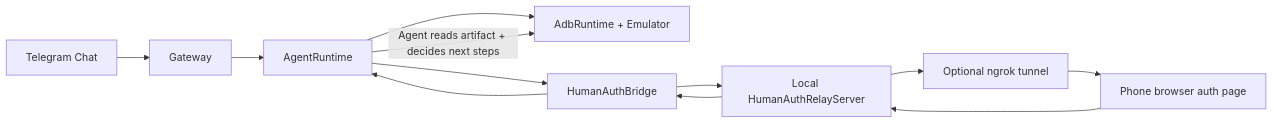
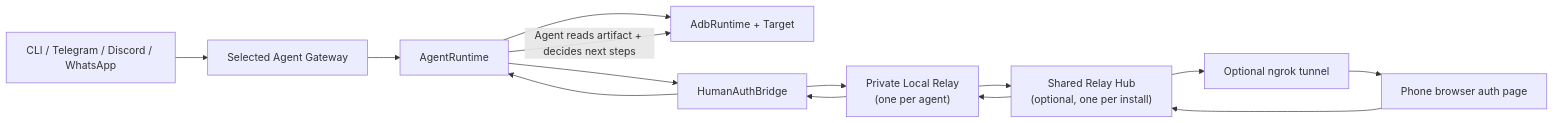
Before and after one commit to pockebot/openpocket: the first of 2 diagrams in frontend/concepts/remote-human-authorization.md, drawn with Mermaid. The commit also changed other lines of this file and 18 other files, not shown here.

Commit message:
docs: update multi-agent and CLI documentation

````diff
--- a/frontend/concepts/remote-human-authorization.md
+++ b/frontend/concepts/remote-human-authorization.md
@@ -74,14 +75,16 @@
 ```mermaid
 flowchart LR
-  TG["Telegram Chat"] --> GW["Gateway"]
+  CH["CLI / Telegram / Discord / WhatsApp"] --> GW["Selected Agent Gateway"]
   GW --> AR["AgentRuntime"]
-  AR --> ADB["AdbRuntime + Emulator"]
+  AR --> ADB["AdbRuntime + Target"]
   AR --> HAB["HumanAuthBridge"]
-  HAB --> RELAY["Local HumanAuthRelayServer"]
-  RELAY --> TUNNEL["Optional ngrok tunnel"]
-  TUNNEL --> PHONE["Phone browser auth page"]
-  PHONE --> RELAY
-  RELAY --> HAB
+  HAB --> LR["Private Local Relay\n(one per agent)"]
+  LR --> RH["Shared Relay Hub\n(optional, one per install)"]
+  RH --> N["Optional ngrok tunnel"]
+  N --> PHONE["Phone browser auth page"]
+  PHONE --> RH
+  RH --> LR
+  LR --> HAB
   HAB --> AR
   AR -->|"Agent reads artifact + decides next steps"| ADB
 ```
````
